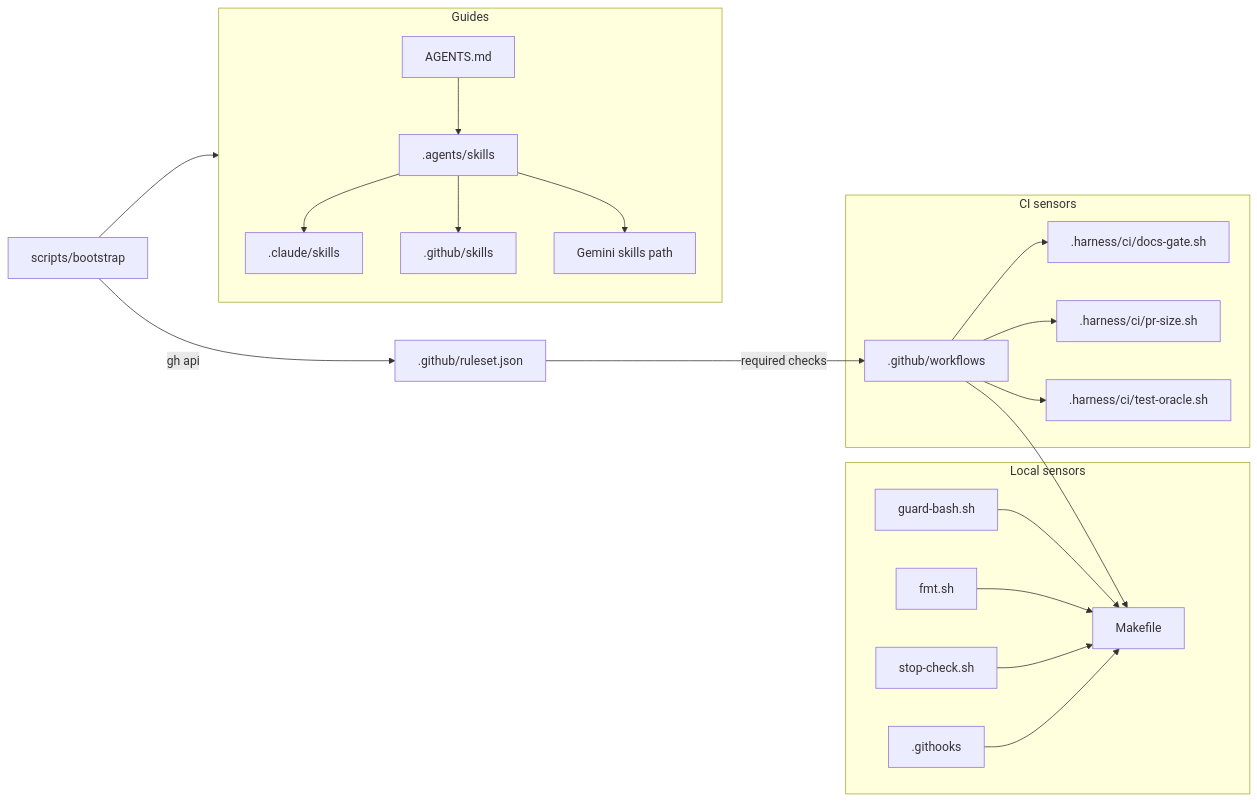
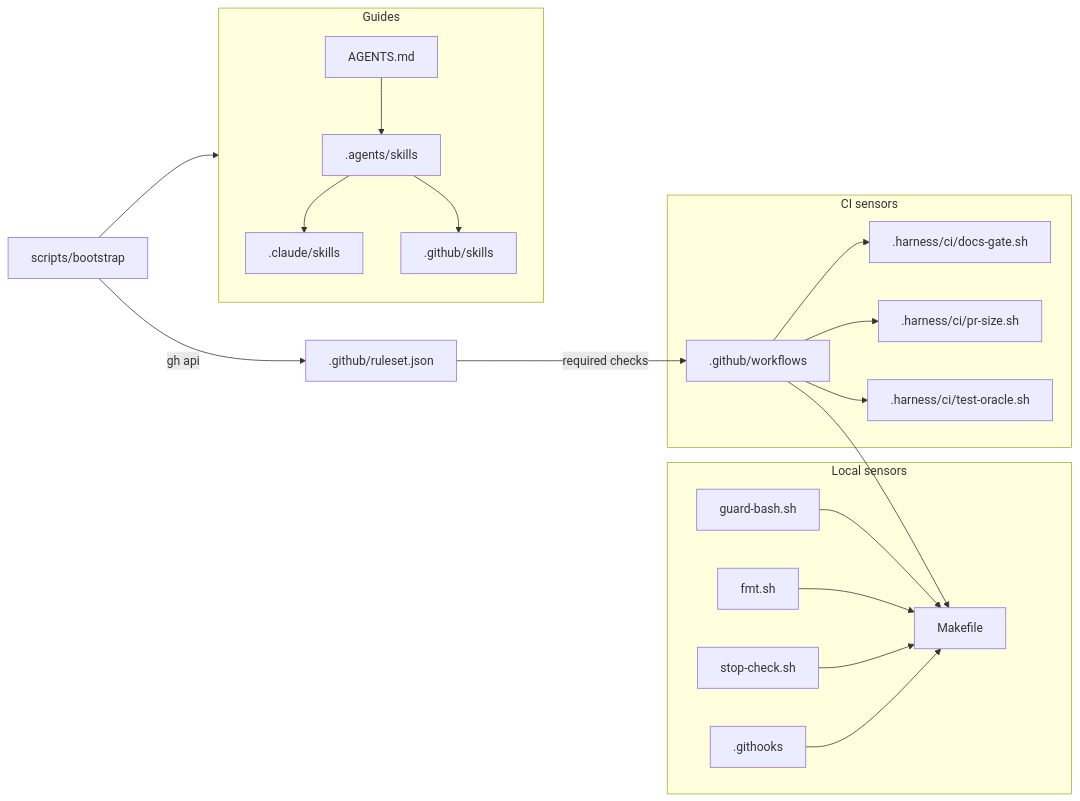
The first of 4 diagrams in specs/changes/1-bootstrap-template/design.md (balazsvrg/solo-harness), drawn with Mermaid before and after one commit. The commit also changed other lines of this file and 31 other files, not shown here.

````diff
--- a/specs/changes/1-bootstrap-template/design.md
+++ b/specs/changes/1-bootstrap-template/design.md
@@ -23,24 +23,23 @@
 ```mermaid
 flowchart LR
   subgraph Guides
     A[AGENTS.md] --> S[.agents/skills]
     S --> C1[.claude/skills]
     S --> C2[.github/skills]
-    S --> C3[Gemini skills path]
   end
   subgraph Sensors_local[Local sensors]
     H1[guard-bash.sh] --> M
     H2[fmt.sh] --> M[Makefile]
     H3[stop-check.sh] --> M
     G[.githooks] --> M
   end
   subgraph Sensors_ci[CI sensors]
     W[.github/workflows] --> M
     W --> DG[.harness/ci/docs-gate.sh]
     W --> PS[.harness/ci/pr-size.sh]
     W --> TO[.harness/ci/test-oracle.sh]
   end
   R[.github/ruleset.json] -->|required checks| W
   B[scripts/bootstrap] -->|gh api| R
   B --> Guides
 ```
````
